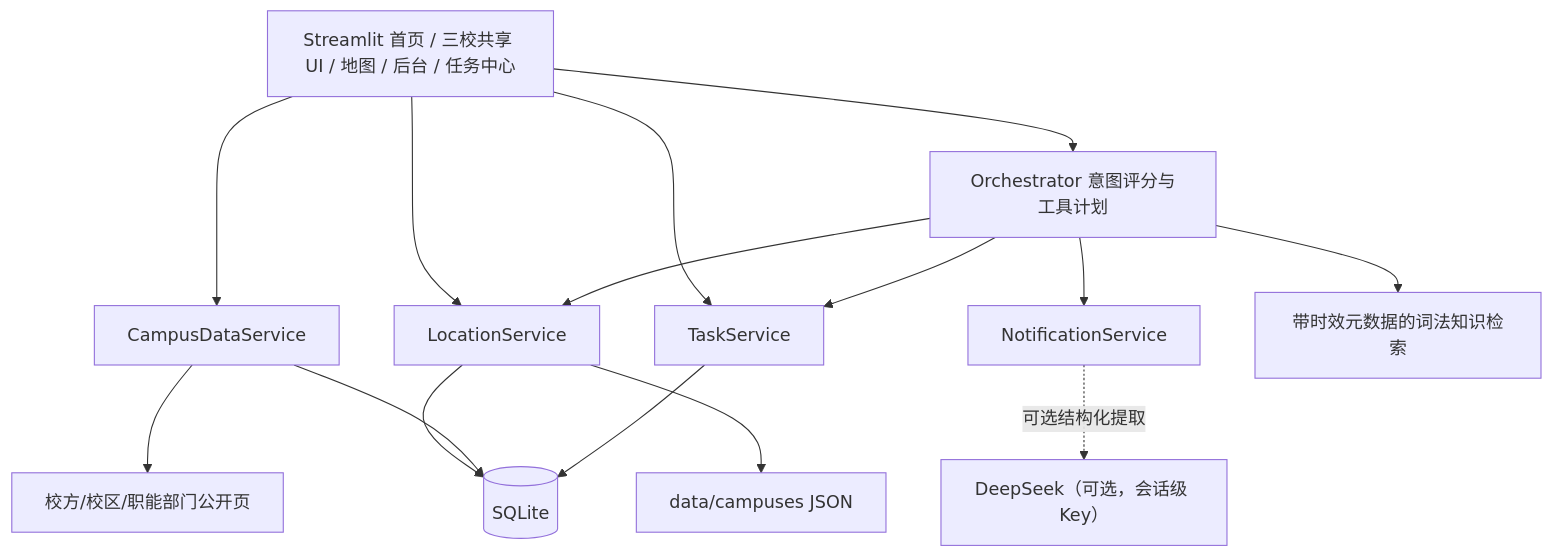
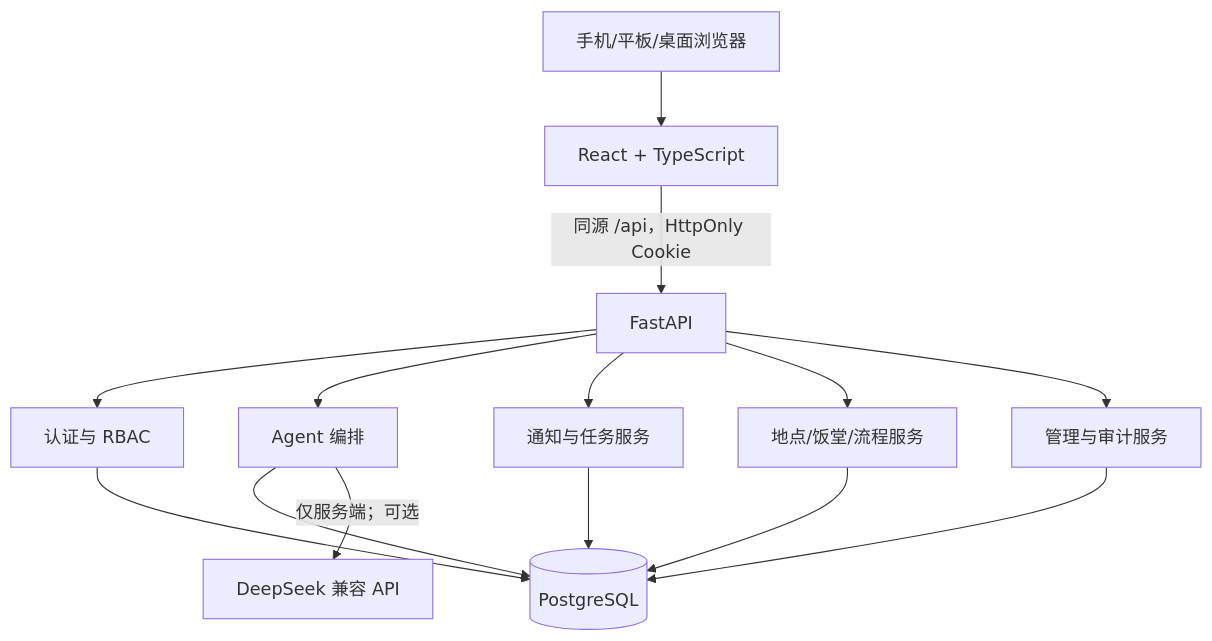
The diagram in docs/ARCHITECTURE.md (cliu27829-tech/gduf-super-senior-agent), drawn with Mermaid before and after one commit. The commit also changed other lines of this file and 15 other files, not shown here.

````diff
--- a/docs/ARCHITECTURE.md
+++ b/docs/ARCHITECTURE.md
@@ -7,29 +5,16 @@
 ```mermaid
 flowchart TD
-    UI["Streamlit 首页 / 三校共享 UI / 地图 / 后台 / 任务中心"]
-    ORCH["Orchestrator 意图评分与工具计划"]
-    LOC["LocationService"]
-    DATA["CampusDataService"]
-    NOTE["NotificationService"]
-    TASK["TaskService"]
-    KB["带时效元数据的词法知识检索"]
-    DB[("SQLite")]
-    SEED["data/campuses JSON"]
-    SOURCES["校方/校区/职能部门公开页"]
-    LLM["DeepSeek（可选，会话级 Key）"]
-
-    UI --> ORCH
-    UI --> LOC
-    UI --> DATA
-    UI --> TASK
-    ORCH --> LOC
-    ORCH --> NOTE
-    ORCH --> TASK
-    ORCH --> KB
-    NOTE -. "可选结构化提取" .-> LLM
-    LOC --> DB
-    LOC --> SEED
-    DATA --> DB
-    DATA --> SOURCES
-    TASK --> DB
+    B["手机/平板/桌面浏览器"] --> F["React + TypeScript"]
+    F -->|"同源 /api，HttpOnly Cookie"| A["FastAPI"]
+    A --> AU["认证与 RBAC"]
+    A --> AG["Agent 编排"]
+    A --> T["通知与任务服务"]
+    A --> C["地点/饭堂/流程服务"]
+    A --> AD["管理与审计服务"]
+    AU --> DB[("PostgreSQL")]
+    AG --> DB
+    T --> DB
+    C --> DB
+    AD --> DB
+    AG -->|"仅服务端；可选"| L["DeepSeek 兼容 API"]
 ```
````
